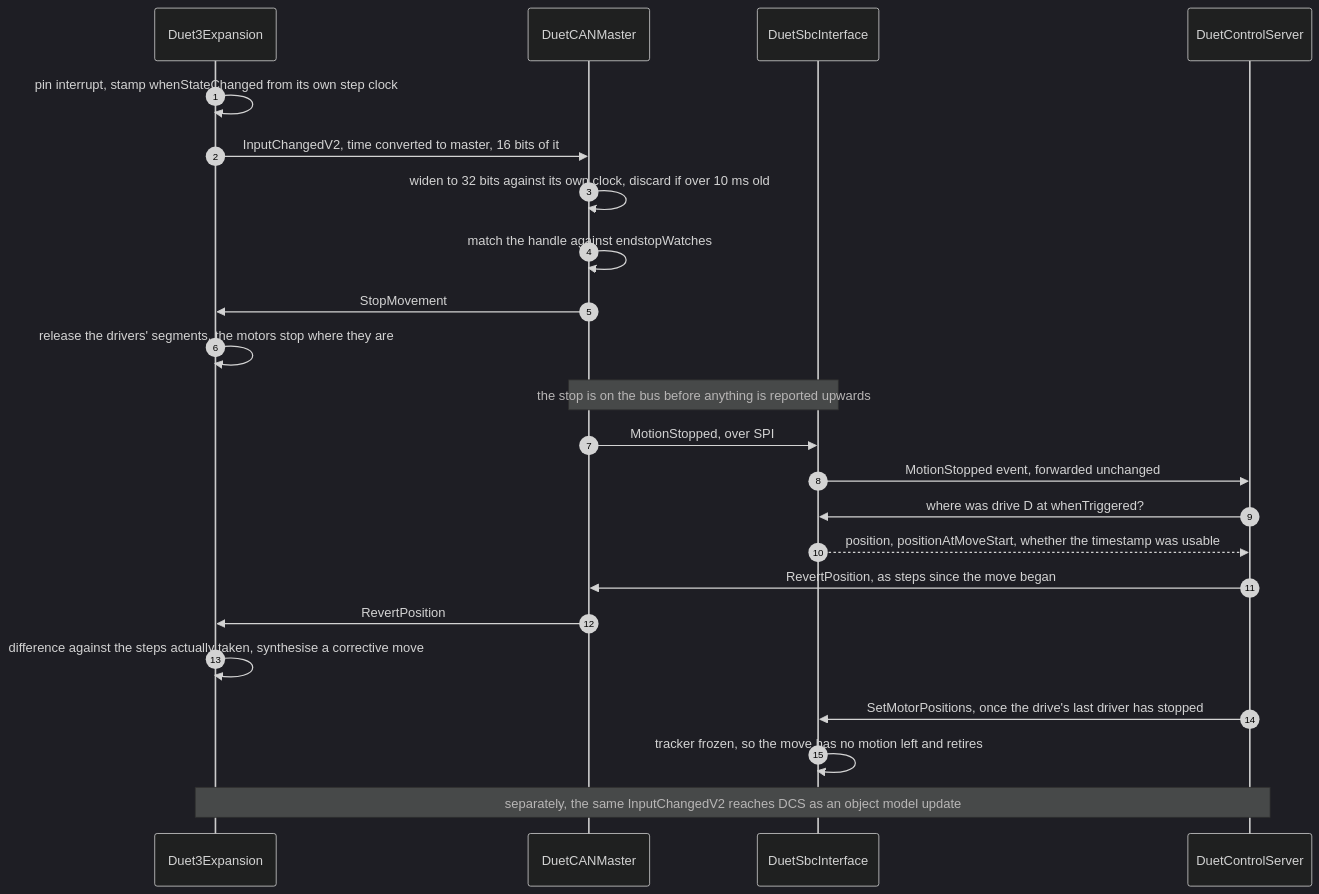
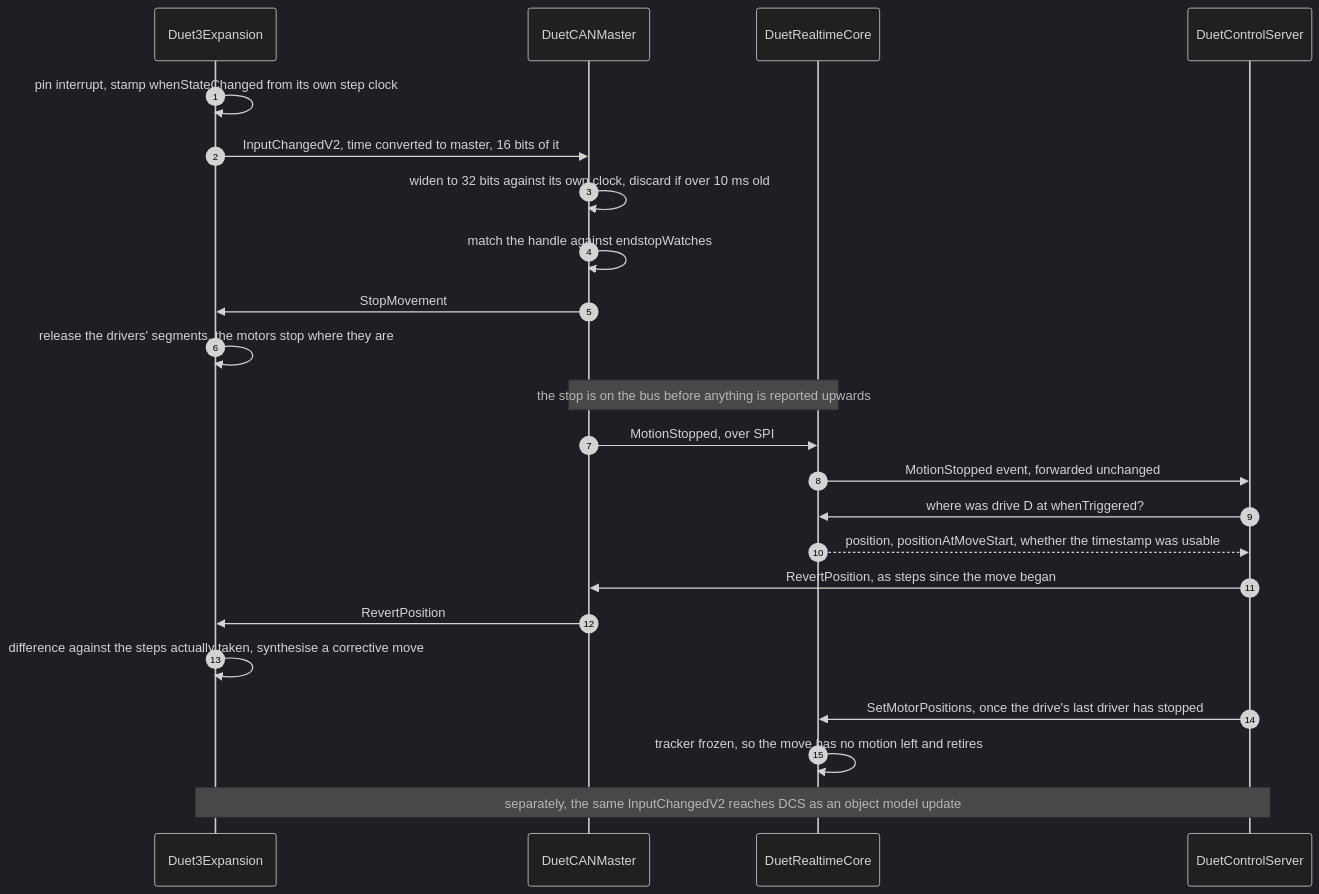
Before and after one commit to Duet3D/DuetSoftwareFramework: the fourth of 5 diagrams in src/Documentation/articles/endstops.md, drawn with Mermaid (dark theme). The commit also changed other lines of this file and 154 other files, not shown here.

First line of the commit message:
refactor: rename DuetSbcInterface to DuetRealtimeCore

````diff
--- a/src/Documentation/articles/endstops.md
+++ b/src/Documentation/articles/endstops.md
@@ -385,26 +385,26 @@
 ```mermaid
 sequenceDiagram
     autonumber
     participant EXP as Duet3Expansion
     participant CM as DuetCANMaster
-    participant SBCI as DuetSbcInterface
+    participant SBCI as DuetRealtimeCore
     participant DCS as DuetControlServer
 
     EXP->>EXP: pin interrupt, stamp whenStateChanged from its own step clock
     EXP->>CM: InputChangedV2, time converted to master, 16 bits of it
     CM->>CM: widen to 32 bits against its own clock, discard if over 10 ms old
     CM->>CM: match the handle against endstopWatches
     CM->>EXP: StopMovement
     EXP->>EXP: release the drivers' segments, the motors stop where they are
     Note over CM,SBCI: the stop is on the bus before anything is reported upwards
     CM->>SBCI: MotionStopped, over SPI
     SBCI->>DCS: MotionStopped event, forwarded unchanged
     DCS->>SBCI: where was drive D at whenTriggered?
     SBCI-->>DCS: position, positionAtMoveStart, whether the timestamp was usable
     DCS->>CM: RevertPosition, as steps since the move began
     CM->>EXP: RevertPosition
     EXP->>EXP: difference against the steps actually taken, synthesise a corrective move
     DCS->>SBCI: SetMotorPositions, once the drive's last driver has stopped
     SBCI->>SBCI: tracker frozen, so the move has no motion left and retires
     Note over EXP,DCS: separately, the same InputChangedV2 reaches DCS as an object model update
 ```
````
